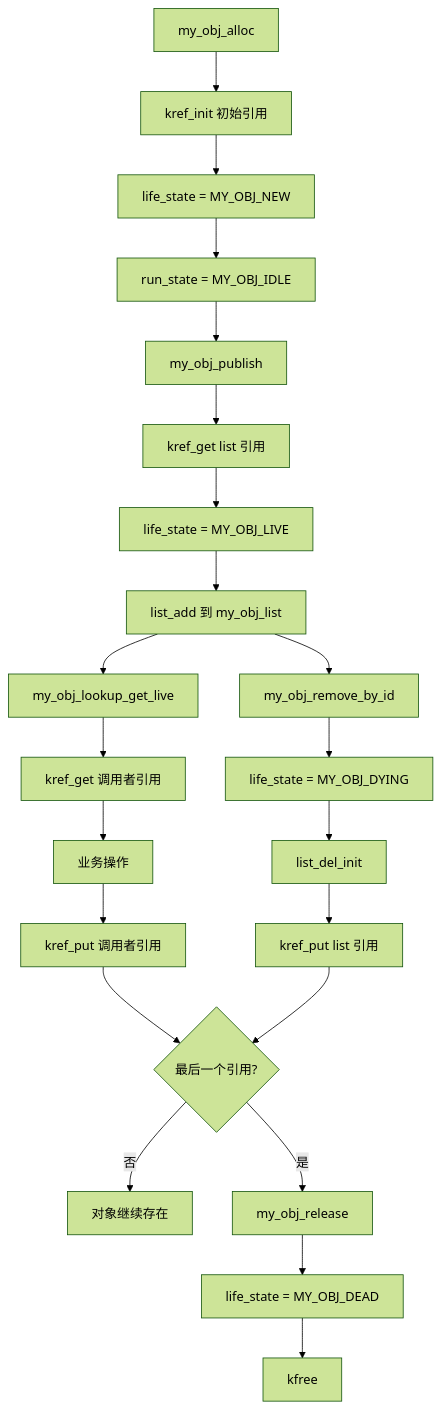
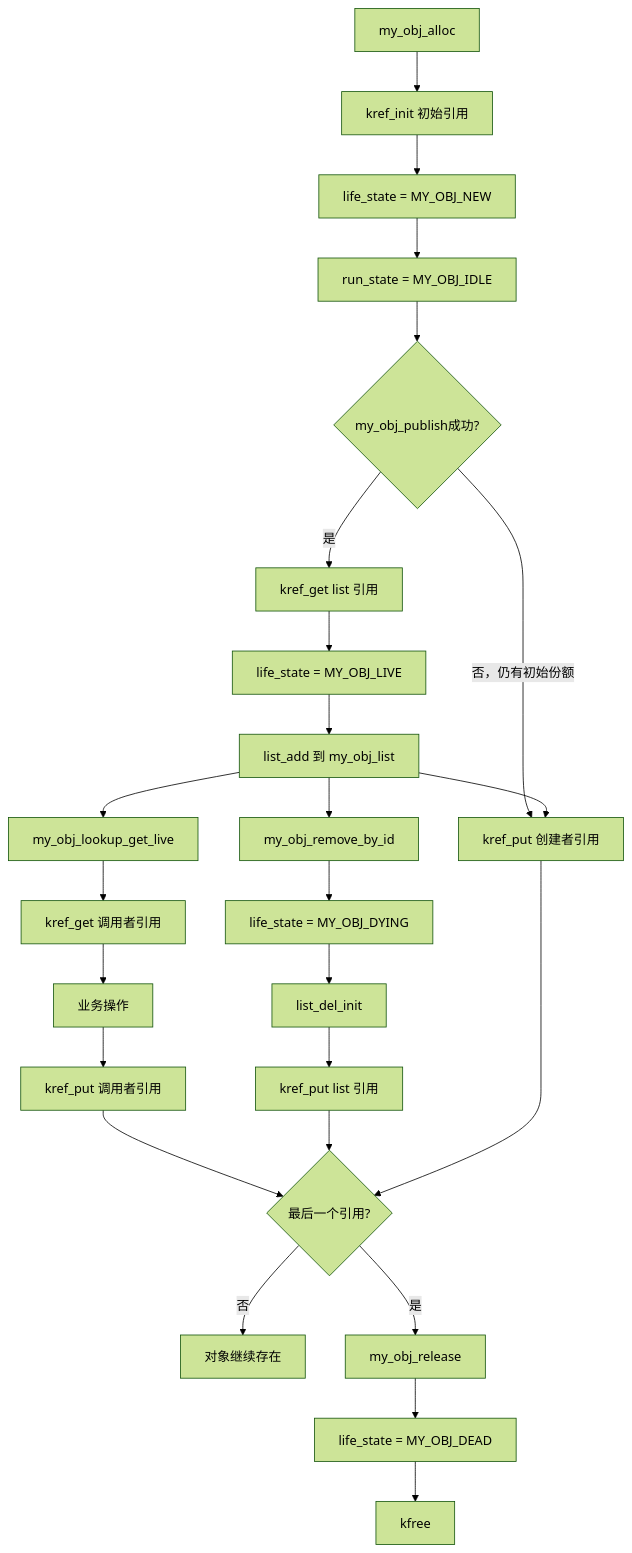
The eighth of 13 diagrams in knowledge/linux/object_lifetime/kref/P09_kref_与锁的组合.md (FormingSystem/linux_note), drawn with Mermaid (forest theme) before and after one commit. The commit also changed other lines of this file, not shown here.

First line of the commit message:
content(knowledge/kref): 澄清锁组合的成员份额与保护接续

````diff
--- a/knowledge/linux/object_lifetime/kref/P09_kref_与锁的组合.md
+++ b/knowledge/linux/object_lifetime/kref/P09_kref_与锁的组合.md
@@ -1314,29 +1154,32 @@
 ```mermaid
 flowchart TD
     A[my_obj_alloc] --> B[kref_init 初始引用]
     B --> C[life_state = MY_OBJ_NEW]
     C --> D[run_state = MY_OBJ_IDLE]
 
-    D --> E[my_obj_publish]
-    E --> F[kref_get list 引用]
+    D --> E{my_obj_publish成功?}
+    E -- 是 --> F[kref_get list 引用]
+    E -- 否，仍有初始份额 --> V[kref_put 创建者引用]
     F --> G[life_state = MY_OBJ_LIVE]
     G --> H[list_add 到 my_obj_list]
+    H --> V
 
     H --> I[my_obj_lookup_get_live]
     I --> J[kref_get 调用者引用]
     J --> K[业务操作]
     K --> L[kref_put 调用者引用]
 
     H --> M[my_obj_remove_by_id]
     M --> N[life_state = MY_OBJ_DYING]
     N --> O[list_del_init]
     O --> P[kref_put list 引用]
 
     L --> Q{最后一个引用?}
     P --> Q
+    V --> Q
 
     Q -- 否 --> R[对象继续存在]
     Q -- 是 --> S[my_obj_release]
     S --> T[life_state = MY_OBJ_DEAD]
     T --> U[kfree]
 ```
````
